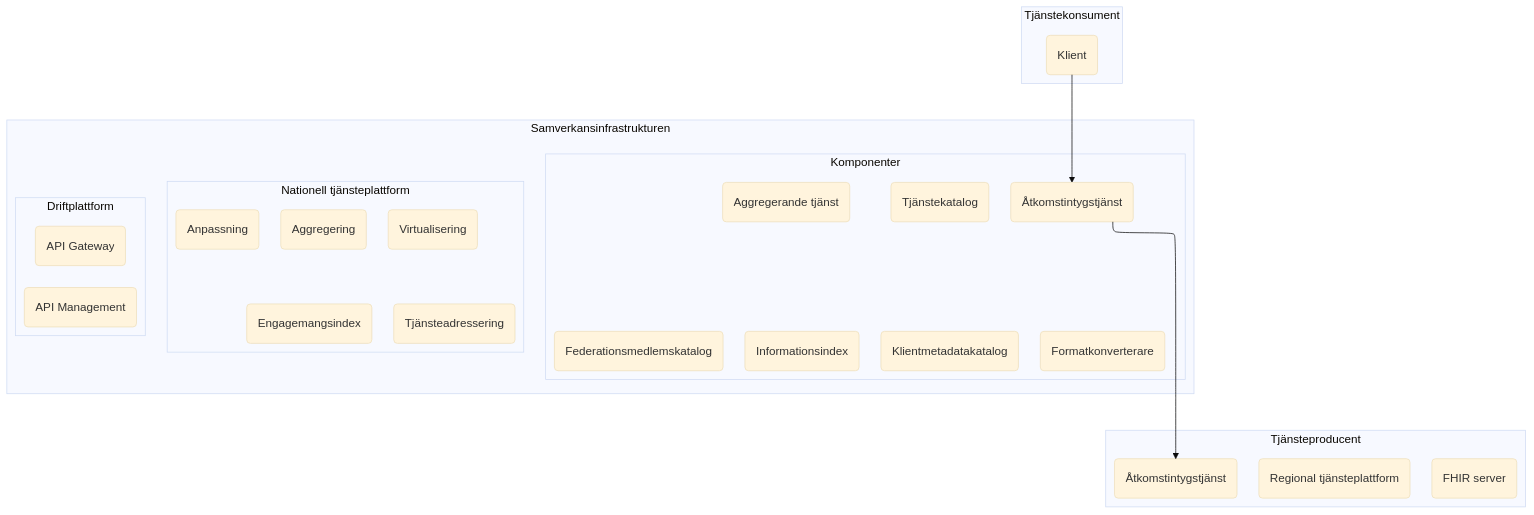
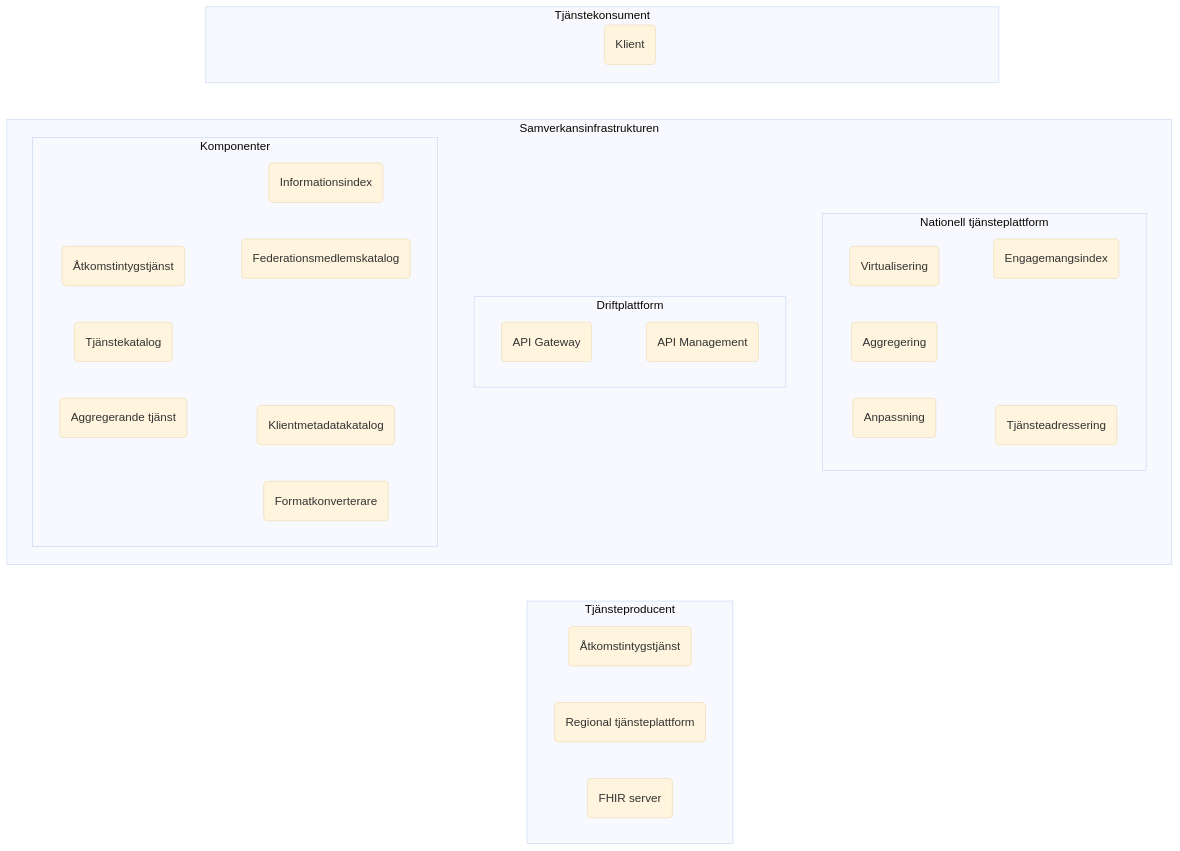
One commit to anders-malmros-inera/t2mmd changed the first of 2 diagrams in T2-krav/solution.md. Above: the diagram before and after it, drawn with Mermaid (base theme).

Commit message:
Update flowchart renderer to elk2 and adjust connections in solution.md

````diff
--- a/T2-krav/solution.md
+++ b/T2-krav/solution.md
@@ -5,34 +5,33 @@
 ```mermaid
-%%{init: {"flowchart": {"defaultRenderer": "elk"}} }%%
 graph 
+    %%{init: {"flowchart": {"defaultRenderer": "elk2"}} }%%
+
     subgraph tk[Tjänstekonsument]
         tkc(Klient)
     end
     
 
     subgraph si[Samverkansinfrastrukturen]
         subgraph si1[Komponenter]
             sias(Åtkomstintygstjänst) & sitk(Tjänstekatalog) & siagg(Aggregerande tjänst)
             ~~~
             siii(Informationsindex) & sifmk(Federationsmedlemskatalog) & sikk(Klientmetadatakatalog) & sifk(Formatkonverterare)
         end
         subgraph drift[Driftplattform]
             gw(API Gateway)~~~ap(API Management)
 
         end
         subgraph ntjp[Nationell tjänsteplattform]
             vp(Virtualisering) & ag(Aggregering) & anp(Anpassning)
             ~~~
             ei(Engagemangsindex) & tak(Tjänsteadressering)
         end
     end
     subgraph tp[Tjänsteproducent]
         tpas(Åtkomstintygstjänst)
         tprtp(Regional tjänsteplattform)
         tpfs(FHIR server)
     end
-    %%tk --> si --> tp
-    tkc --> sias
-    sias --> tpas
+    tkc ~~~ si1 & drift & ntjp ~~~ tp
 
 ```
````
